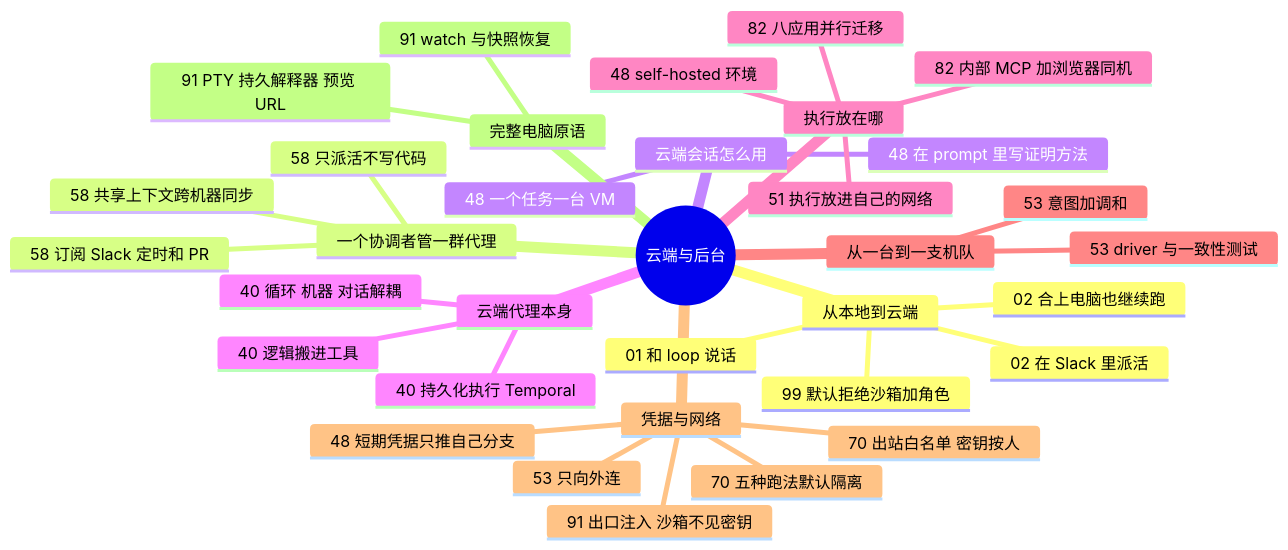
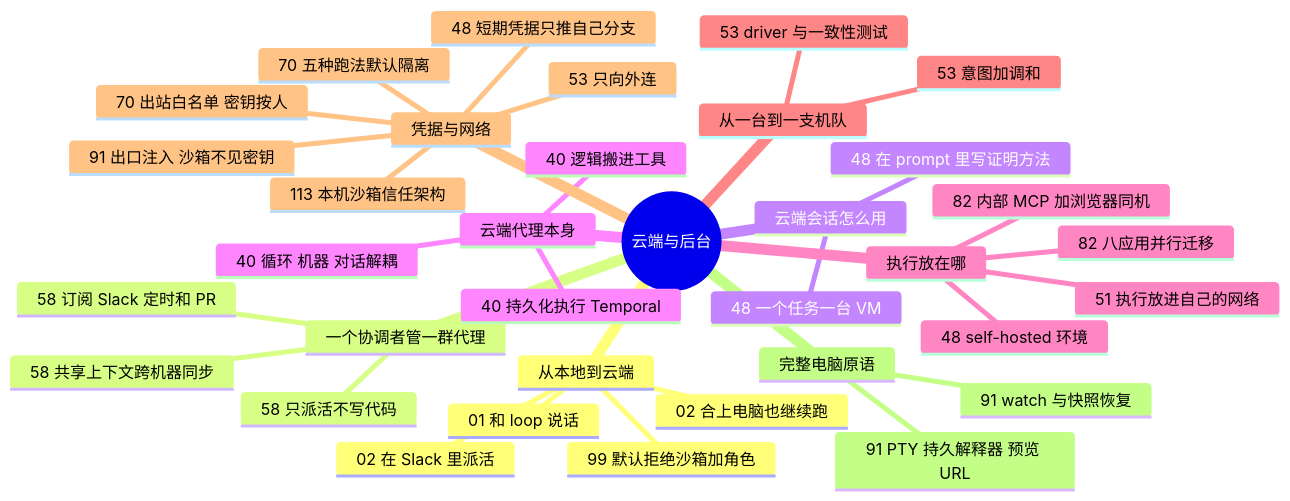
Before and after one commit to yzw7489757/ai-coding-videos: the diagram in docs/guide/cloud.md, drawn with Mermaid. The commit also changed other lines of this file and 17 other files, not shown here.

````diff
--- a/docs/guide/cloud.md
+++ b/docs/guide/cloud.md
@@ -13,37 +13,38 @@
 ```mermaid
 mindmap
   root((云端与后台))
     从本地到云端
       99 默认拒绝沙箱加角色
       01 和 loop 说话
       02 合上电脑也继续跑
       02 在 Slack 里派活
     一个协调者管一群代理
       58 只派活不写代码
       58 共享上下文跨机器同步
       58 订阅 Slack 定时和 PR
     云端会话怎么用
       48 一个任务一台 VM
       48 在 prompt 里写证明方法
     云端代理本身
       40 持久化执行 Temporal
       40 循环 机器 对话解耦
       40 逻辑搬进工具
     执行放在哪
       51 执行放进自己的网络
       48 self-hosted 环境
       82 内部 MCP 加浏览器同机
       82 八应用并行迁移
     从一台到一支机队
       53 意图加调和
       53 driver 与一致性测试
     凭据与网络
       48 短期凭据只推自己分支
       53 只向外连
       70 出站白名单 密钥按人
       70 五种跑法默认隔离
       91 出口注入 沙箱不见密钥
+      113 本机沙箱信任架构
     完整电脑原语
       91 PTY 持久解释器 预览 URL
       91 watch 与快照恢复
 ```
````
